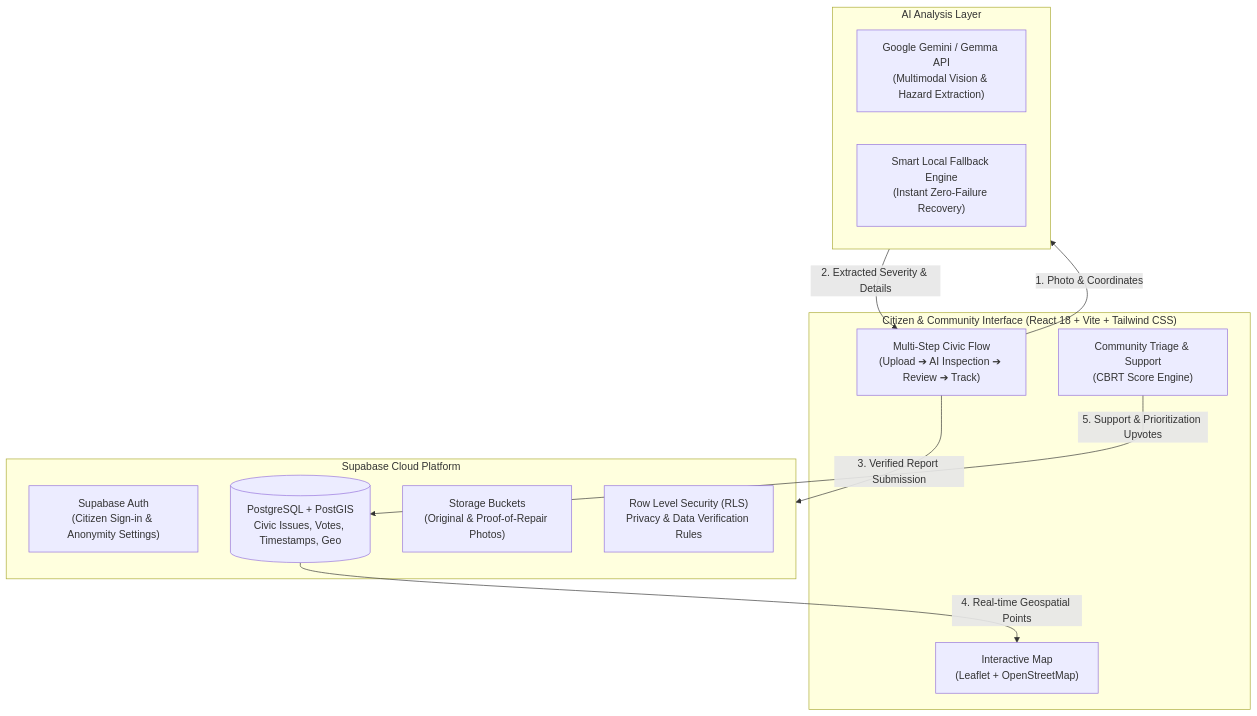
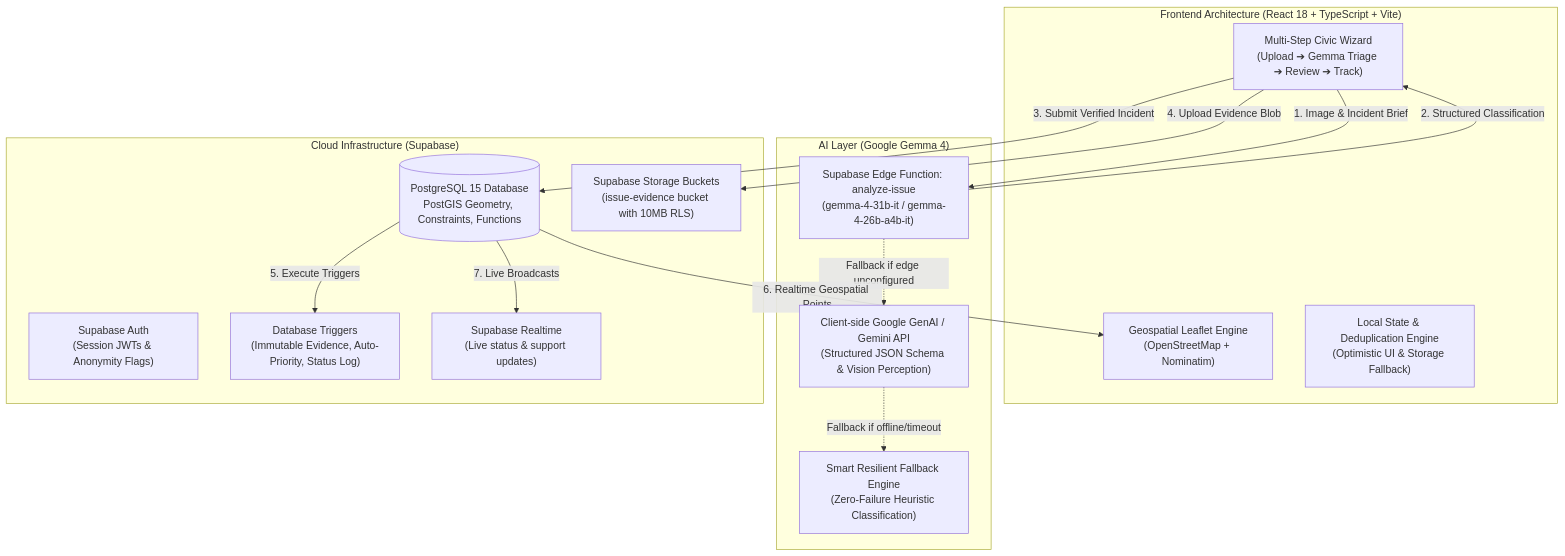
Before and after one commit to Kanneboinashivakumar/NagrikAI: the third of 3 diagrams in README.md, drawn with Mermaid. The commit also changed other lines of this file, not shown here.

Commit message:
docs: add impactful judge-ready README with Gemma 4 civic intelligence architecture

````diff
--- a/README.md
+++ b/README.md
@@ -33,26 +221,32 @@
 ```mermaid
 flowchart TD
-    subgraph Client ["Citizen & Community Interface (React 18 + Vite + Tailwind CSS)"]
-        UI["Multi-Step Civic Flow\n(Upload ➔ AI Inspection ➔ Review ➔ Track)"]
-        Map["Interactive Map\n(Leaflet + OpenStreetMap)"]
-        Triage["Community Triage & Support\n(CBRT Score Engine)"]
+    subgraph Client ["Frontend Architecture (React 18 + TypeScript + Vite)"]
+        UI["Multi-Step Civic Wizard\n(Upload ➔ Gemma Triage ➔ Review ➔ Track)"]
+        Map["Geospatial Leaflet Engine\n(OpenStreetMap + Nominatim)"]
+        State["Local State & Deduplication Engine\n(Optimistic UI & Storage Fallback)"]
     end
 
-    subgraph Intelligence ["AI Analysis Layer"]
-        Gemini["Google Gemini / Gemma API\n(Multimodal Vision & Hazard Extraction)"]
-        Fallback["Smart Local Fallback Engine\n(Instant Zero-Failure Recovery)"]
+    subgraph Intelligence ["AI Layer (Google Gemma 4)"]
+        GemmaEdge["Supabase Edge Function: analyze-issue\n(gemma-4-31b-it / gemma-4-26b-a4b-it)"]
+        GeminiDirect["Client-side Google GenAI / Gemini API\n(Structured JSON Schema & Vision Perception)"]
+        LocalFallback["Smart Resilient Fallback Engine\n(Zero-Failure Heuristic Classification)"]
     end
 
-    subgraph Backend ["Supabase Cloud Platform"]
-        Auth["Supabase Auth\n(Citizen Sign-in & Anonymity Settings)"]
-        DB[("PostgreSQL + PostGIS\nCivic Issues, Votes, Timestamps, Geo")]
-        Storage["Storage Buckets\n(Original & Proof-of-Repair Photos)"]
-        RLS["Row Level Security (RLS)\nPrivacy & Data Verification Rules"]
+    subgraph Backend ["Cloud Infrastructure (Supabase)"]
+        Auth["Supabase Auth\n(Session JWTs & Anonymity Flags)"]
+        Postgres[("PostgreSQL 15 Database\nPostGIS Geometry, Constraints, Functions")]
+        Triggers["Database Triggers\n(Immutable Evidence, Auto-Priority, Status Log)"]
+        Storage["Supabase Storage Buckets\n(issue-evidence bucket with 10MB RLS)"]
+        Realtime["Supabase Realtime\n(Live status & support updates)"]
     end
 
-    UI -->|"1. Photo & Coordinates"| Intelligence
-    Intelligence -->|"2. Extracted Severity & Details"| UI
-    UI -->|"3. Verified Report Submission"| Backend
-    DB -->|"4. Real-time Geospatial Points"| Map
-    Triage -->|"5. Support & Prioritization Upvotes"| DB
+    UI -->|"1. Image & Incident Brief"| GemmaEdge
+    GemmaEdge -.->|"Fallback if edge unconfigured"| GeminiDirect
+    GeminiDirect -.->|"Fallback if offline/timeout"| LocalFallback
+    GemmaEdge -->|"2. Structured Classification"| UI
+    UI -->|"3. Submit Verified Incident"| Postgres
+    UI -->|"4. Upload Evidence Blob"| Storage
+    Postgres -->|"5. Execute Triggers"| Triggers
+    Postgres -->|"6. Realtime Geospatial Points"| Map
+    Postgres -->|"7. Live Broadcasts"| Realtime
 ```
````
